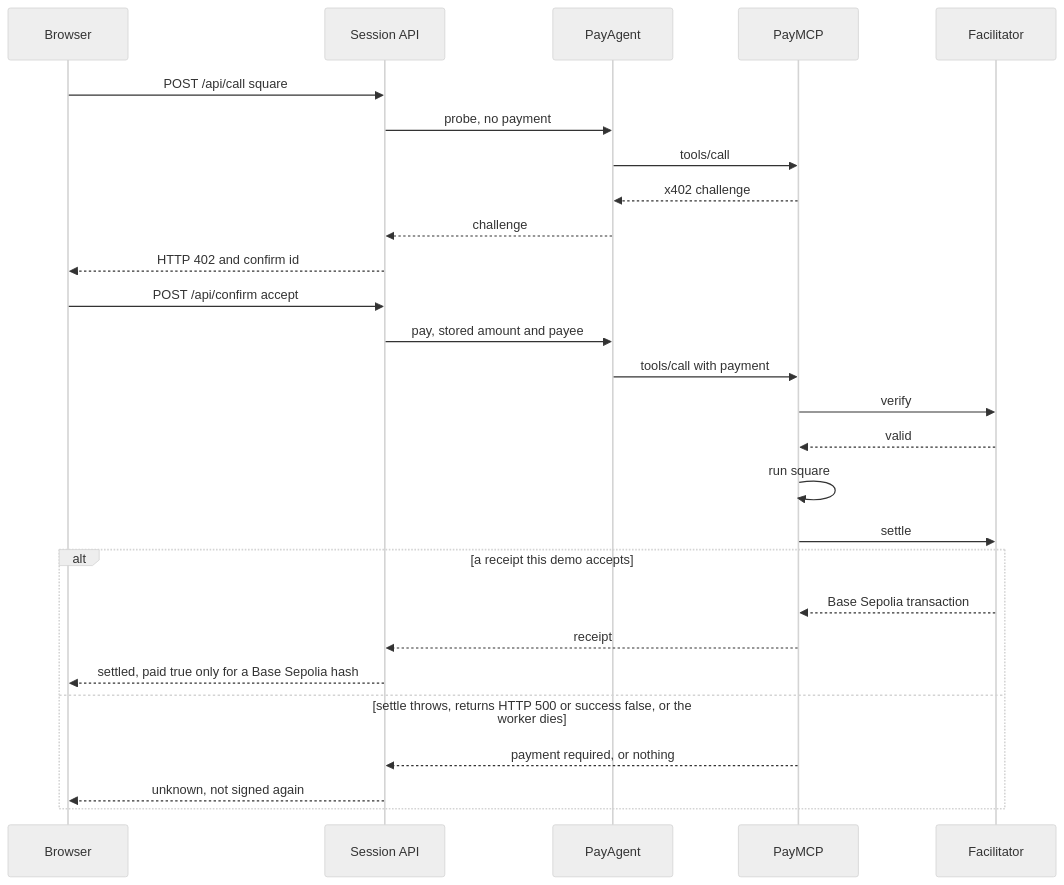
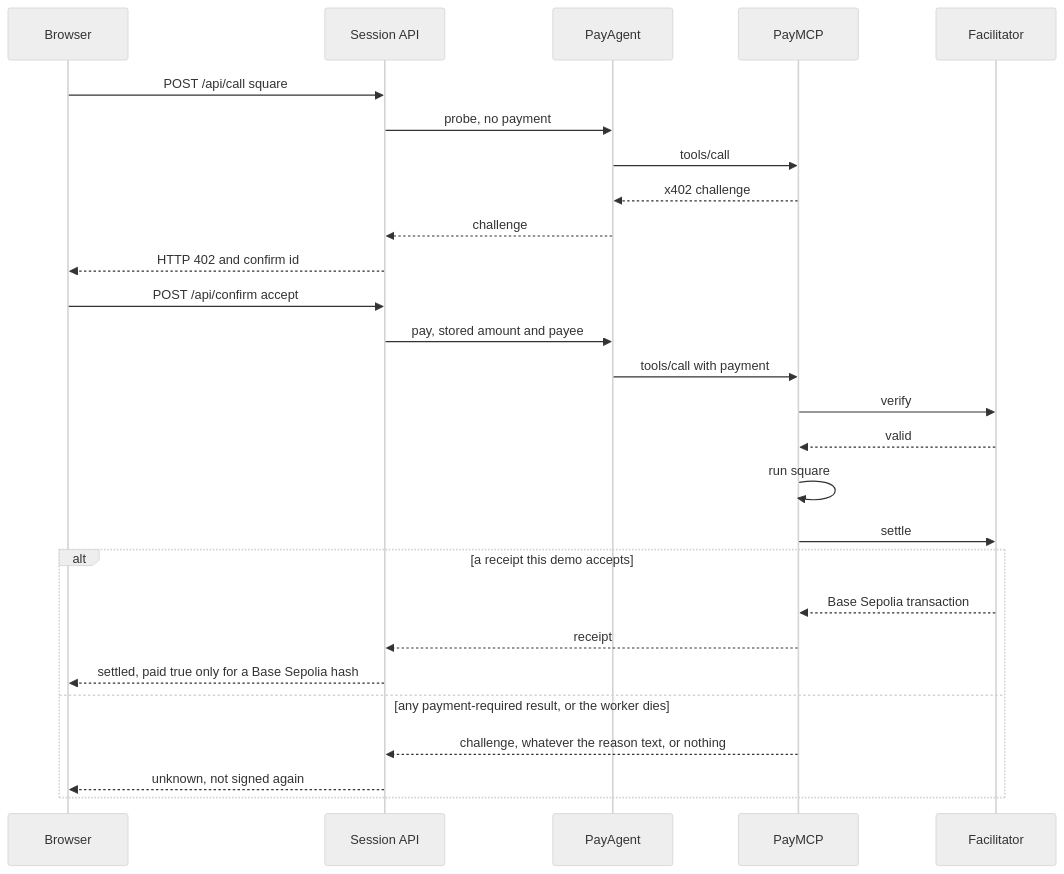
Before and after one commit to theserverlessdev/tech-demos: the second of 2 diagrams in demos/x402-pay/SETUP.md, drawn with Mermaid (neutral theme). The commit also changed other lines of this file and 7 other files, not shown here.

````diff
--- a/demos/x402-pay/SETUP.md
+++ b/demos/x402-pay/SETUP.md
@@ -27,29 +27,29 @@
 ```mermaid
 sequenceDiagram
   participant B as Browser
   participant A as Session API
   participant P as PayAgent
   participant M as PayMCP
   participant F as Facilitator
   B->>A: POST /api/call square
   A->>P: probe, no payment
   P->>M: tools/call
   M-->>P: x402 challenge
   P-->>A: challenge
   A-->>B: HTTP 402 and confirm id
   B->>A: POST /api/confirm accept
   A->>P: pay, stored amount and payee
   P->>M: tools/call with payment
   M->>F: verify
   F-->>M: valid
   M->>M: run square
   M->>F: settle
   alt a receipt this demo accepts
     F-->>M: Base Sepolia transaction
     M-->>A: receipt
     A-->>B: settled, paid true only for a Base Sepolia hash
-  else settle throws, returns HTTP 500 or success false, or the worker dies
-    M-->>A: payment required, or nothing
+  else any payment-required result, or the worker dies
+    M-->>A: challenge, whatever the reason text, or nothing
     A-->>B: unknown, not signed again
   end
 ```
````
